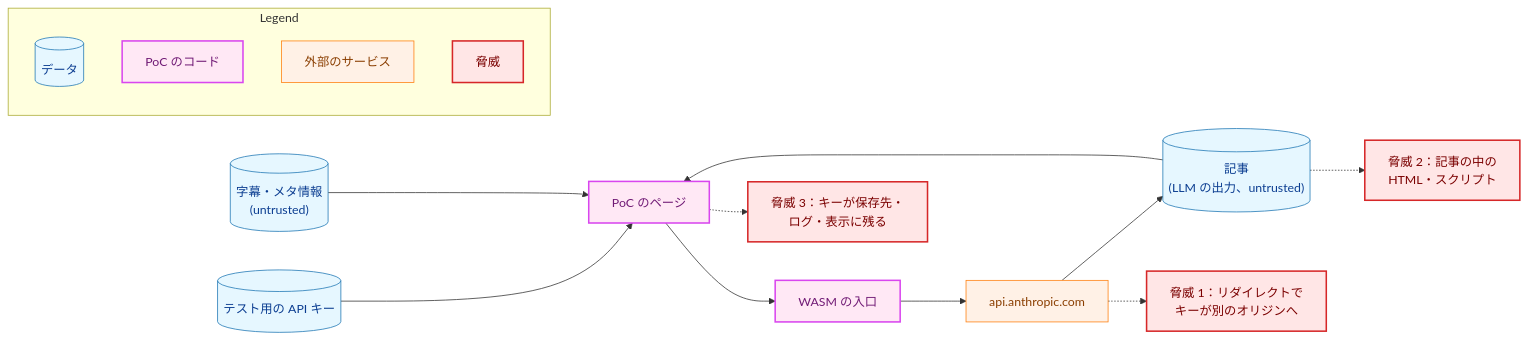
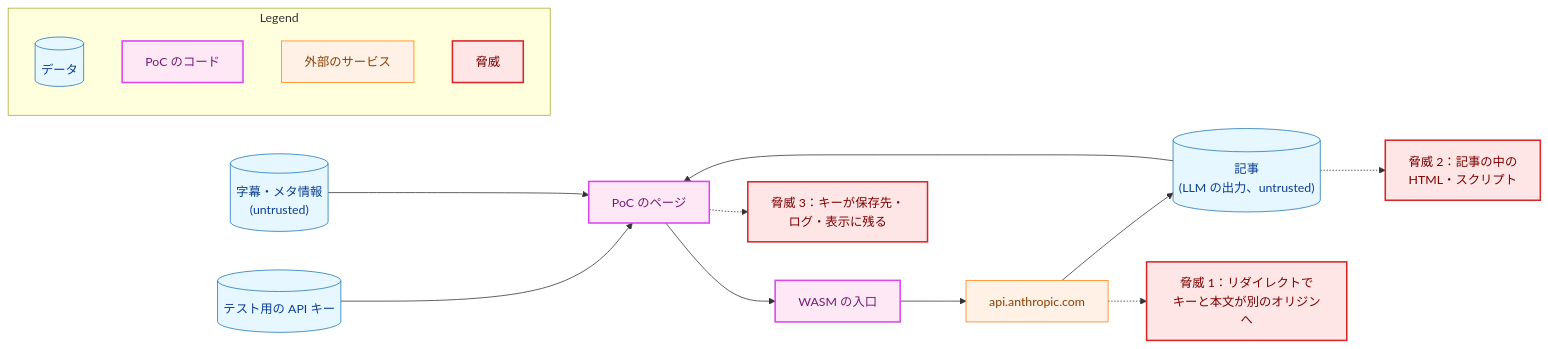
Before and after one commit to isseis/yt2column: the sixth of 8 diagrams in docs/tasks/0084_wasm_pipeline_poc/02_architecture.md, drawn with Mermaid. The commit also changed other lines of this file and 2 other files, not shown here.

First line of the commit message:
docs(0084): address the architecture review and the Japanese prose pass

````diff
--- a/docs/tasks/0084_wasm_pipeline_poc/02_architecture.md
+++ b/docs/tasks/0084_wasm_pipeline_poc/02_architecture.md
@@ -506,41 +643,41 @@
 ```mermaid
 flowchart LR
     classDef data fill:#e6f7ff,stroke:#1f77b4,stroke-width:1px,color:#0b3d91;
     classDef process fill:#fff1e6,stroke:#ff7f0e,stroke-width:1px,color:#8a3e00;
     classDef newpkg fill:#ffe8f5,stroke:#d946ef,stroke-width:2px,color:#701a75;
     classDef problem fill:#ffe6e6,stroke:#d62728,stroke-width:2px,color:#7b0000;
 
     KEY[("テスト用の API キー")]
     TR[("字幕・メタ情報<br>(untrusted)")]
     PAGE["PoC のページ"]
     WASM["WASM の入口"]
     API["api.anthropic.com"]
     OUT[("記事<br>(LLM の出力、untrusted)")]
-    T1["脅威 1：リダイレクトで<br>キーが別のオリジンへ"]
+    T1["脅威 1：リダイレクトで<br>キーと本文が別のオリジンへ"]
     T2["脅威 2：記事の中の<br>HTML・スクリプト"]
     T3["脅威 3：キーが保存先・<br>ログ・表示に残る"]
 
     KEY --> PAGE
     TR --> PAGE
     PAGE --> WASM --> API
     API --> OUT --> PAGE
     API -.-> T1
     OUT -.-> T2
     PAGE -.-> T3
 
     class KEY,TR,OUT data
     class API process
     class PAGE,WASM newpkg
     class T1,T2,T3 problem
 
     subgraph Legend["Legend"]
         L1[("データ")]
         L2["PoC のコード"]
         L3["外部のサービス"]
         L4["脅威"]
     end
     class L1 data
     class L2 newpkg
     class L3 process
     class L4 problem
 ```
````
